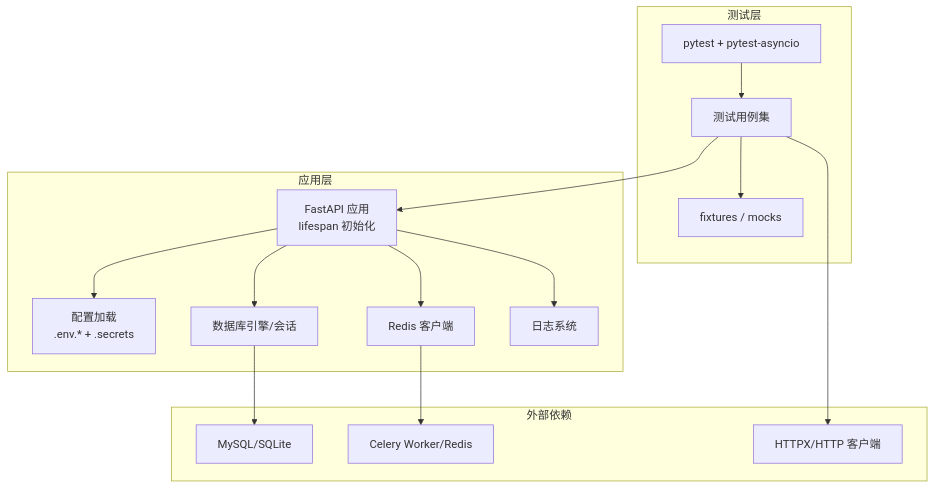
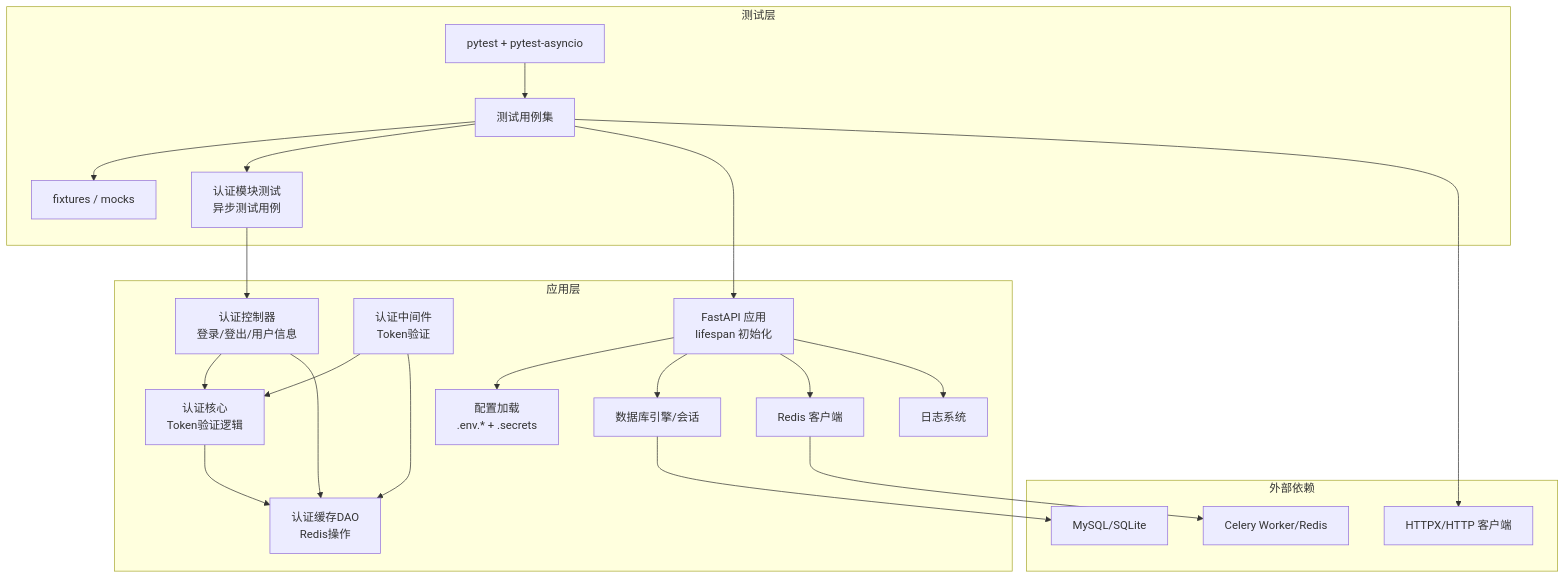
One commit to lilinzezzzzzz/fastapi-backend changed the second of 11 diagrams in .qoder/repowiki/zh/content/测试策略/测试策略.md. Above: the diagram before and after it, drawn with Mermaid. The commit also changed other lines of this file and 38 other files, not shown here.

````diff
--- a/.qoder/repowiki/zh/content/测试策略/测试策略.md
+++ b/.qoder/repowiki/zh/content/测试策略/测试策略.md
@@ -125,30 +148,42 @@
 ```mermaid
 graph TB
 subgraph "测试层"
 PY["pytest + pytest-asyncio"]
 FIX["fixtures / mocks"]
 CASES["测试用例集"]
+AUTH_TEST["认证模块测试<br/>异步测试用例"]
 end
 subgraph "应用层"
 APP["FastAPI 应用<br/>lifespan 初始化"]
 CFG["配置加载<br/>.env.* + .secrets"]
 DB["数据库引擎/会话"]
 REDIS["Redis 客户端"]
 LOG["日志系统"]
+AUTH_MW["认证中间件<br/>Token验证"]
+AUTH_CTRL["认证控制器<br/>登录/登出/用户信息"]
+AUTH_CORE["认证核心<br/>Token验证逻辑"]
+AUTH_CACHE["认证缓存DAO<br/>Redis操作"]
 end
 subgraph "外部依赖"
 MYSQL["MySQL/SQLite"]
 CELERY["Celery Worker/Redis"]
 HTTPX["HTTPX/HTTP 客户端"]
 end
 PY --> CASES
 CASES --> FIX
+CASES --> AUTH_TEST
+AUTH_TEST --> AUTH_CTRL
+AUTH_CTRL --> AUTH_CORE
+AUTH_CTRL --> AUTH_CACHE
+AUTH_CORE --> AUTH_CACHE
+AUTH_MW --> AUTH_CORE
+AUTH_MW --> AUTH_CACHE
 CASES --> APP
 APP --> CFG
 APP --> DB
 APP --> REDIS
 APP --> LOG
 DB --> MYSQL
 REDIS --> CELERY
 CASES --> HTTPX
 ```
````
